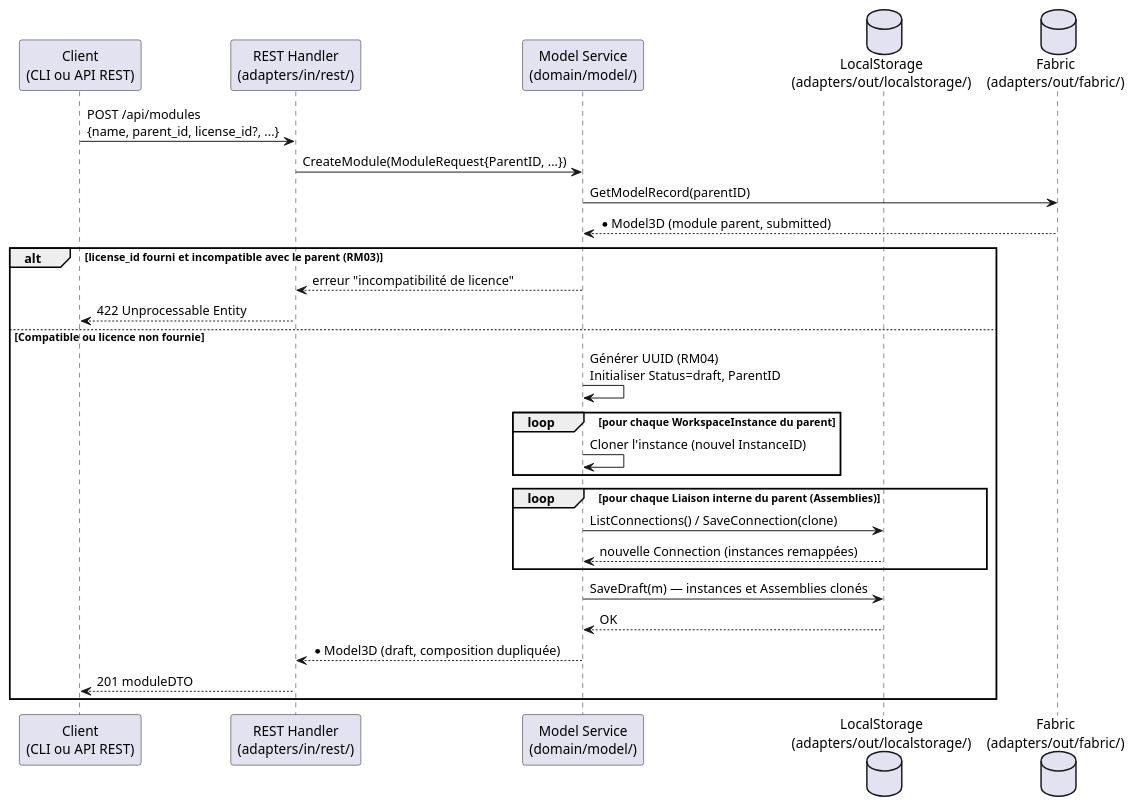
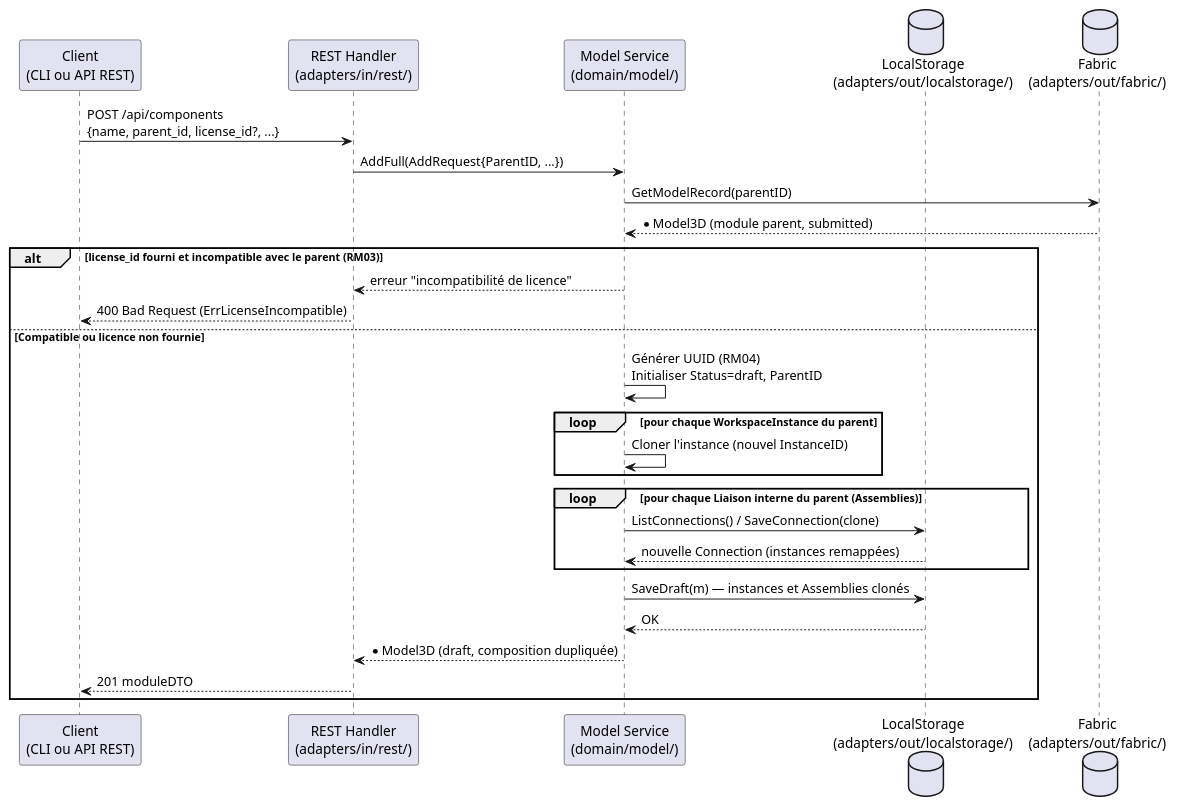
One commit to myr-forge/myr-core changed the third of 3 diagrams in specs/2-Analyse/UCMOD-Module/UCMOD01.md. Above: the diagram before and after it, drawn with PlantUML. The commit also changed other lines of this file and 10 other files, not shown here.

First line of the commit message:
fix(model): a derived module copies its parent's composition via AddFull

````diff
--- a/specs/2-Analyse/UCMOD-Module/UCMOD01.md
+++ b/specs/2-Analyse/UCMOD-Module/UCMOD01.md
@@ -233,32 +245,32 @@
 ```plantuml
 @startuml
 participant "Client\n(CLI ou API REST)" as Client
 participant "REST Handler\n(adapters/in/rest/)" as REST
 participant "Model Service\n(domain/model/)" as Service
 database "LocalStorage\n(adapters/out/localstorage/)" as Local
 database "Fabric\n(adapters/out/fabric/)" as Fabric
 
-Client -> REST : POST /api/modules\n{name, parent_id, license_id?, ...}
-REST -> Service : CreateModule(ModuleRequest{ParentID, ...})
+Client -> REST : POST /api/components\n{name, parent_id, license_id?, ...}
+REST -> Service : AddFull(AddRequest{ParentID, ...})
 Service -> Fabric : GetModelRecord(parentID)
 Fabric --> Service : *Model3D (module parent, submitted)
 
 alt license_id fourni et incompatible avec le parent (RM03)
     Service --> REST : erreur "incompatibilité de licence"
-    REST --> Client : 422 Unprocessable Entity
+    REST --> Client : 400 Bad Request (ErrLicenseIncompatible)
 else Compatible ou licence non fournie
     Service -> Service : Générer UUID (RM04)\nInitialiser Status=draft, ParentID
     loop pour chaque WorkspaceInstance du parent
         Service -> Service : Cloner l'instance (nouvel InstanceID)
     end
     loop pour chaque Liaison interne du parent (Assemblies)
         Service -> Local : ListConnections() / SaveConnection(clone)
         Local --> Service : nouvelle Connection (instances remappées)
     end
     Service -> Local : SaveDraft(m) — instances et Assemblies clonés
     Local --> Service : OK
     Service --> REST : *Model3D (draft, composition dupliquée)
     REST --> Client : 201 moduleDTO
 end
 @enduml
 ```
````
